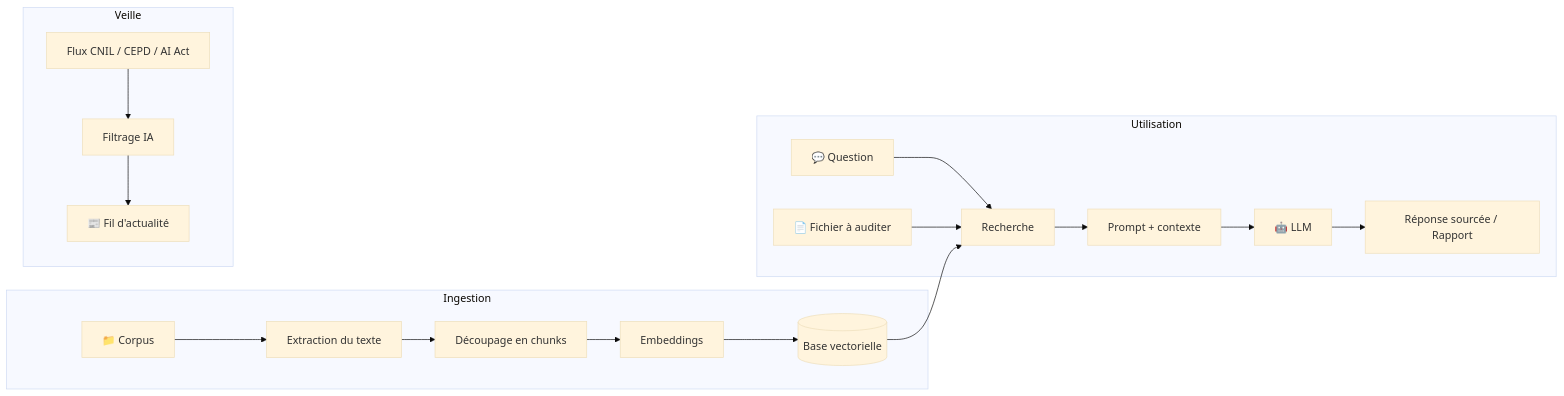
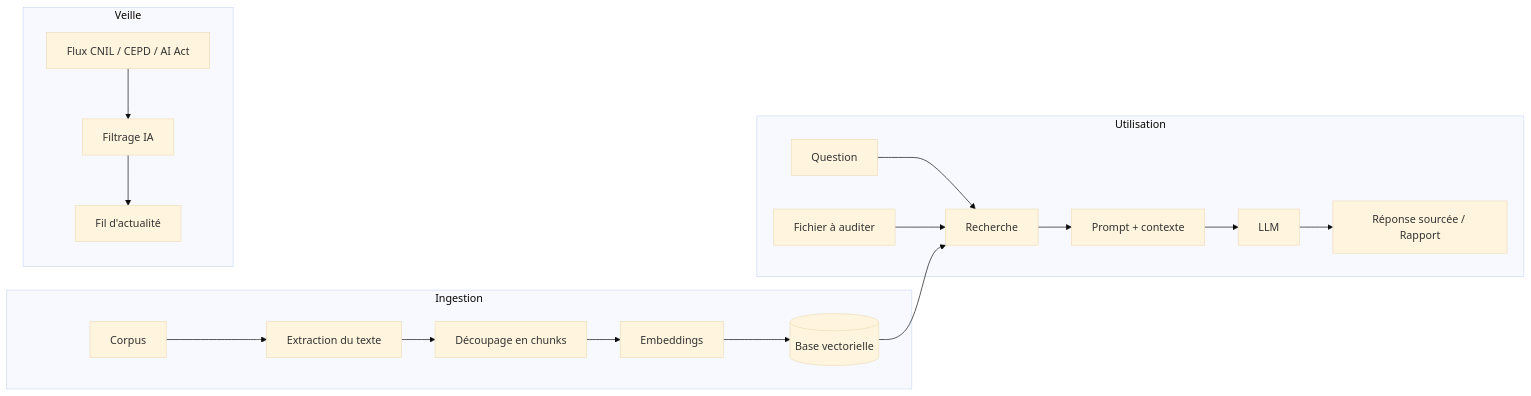
One commit to Leo-TRS/Data-protection-RAG-audit changed the diagram in README.md. Above: the diagram before and after it, drawn with Mermaid (base theme). The commit also changed other lines of this file and 1 other file, not shown here.

````diff
--- a/README.md
+++ b/README.md
@@ -93,23 +95,23 @@
 ```mermaid
 flowchart LR
     subgraph Ingestion
-        A[📁 Corpus] --> B[Extraction du texte]
+        A[Corpus] --> B[Extraction du texte]
         B --> C[Découpage en chunks]
         C --> D[Embeddings]
         D --> E[(Base vectorielle)]
     end
 
     subgraph Utilisation
-        Q[💬 Question] --> R[Recherche]
-        F[📄 Fichier à auditer] --> R
+        Q[Question] --> R[Recherche]
+        F[Fichier à auditer] --> R
         E --> R
         R --> P[Prompt + contexte]
-        P --> L[🤖 LLM]
+        P --> L[LLM]
         L --> S[Réponse sourcée / Rapport]
     end
 
     subgraph Veille
         V1[Flux CNIL / CEPD / AI Act] --> V2[Filtrage IA]
-        V2 --> V3[📰 Fil d'actualité]
+        V2 --> V3[Fil d'actualité]
     end
 ```
````
